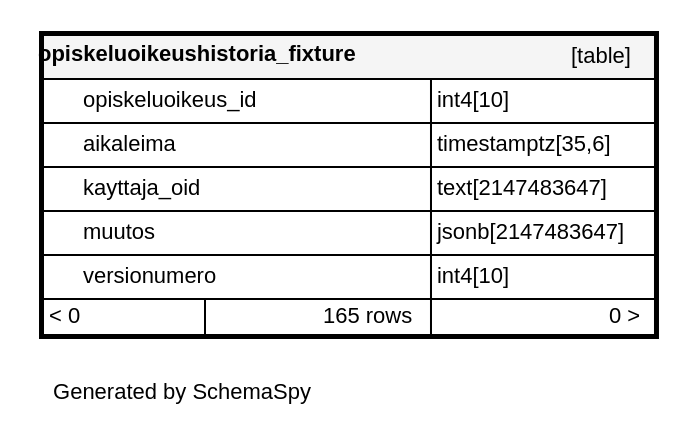
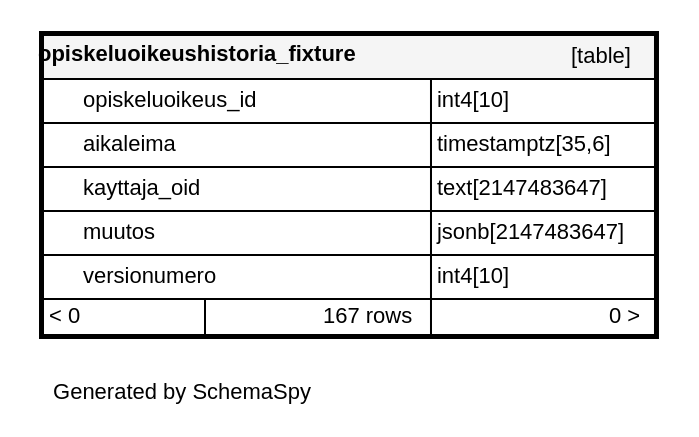
The diagram in documentation/tietokantaskeemat/koski/diagrams/tables/opiskeluoikeushistoria_fixture.1degree.dot (Opetushallitus/koski), drawn with Graphviz before and after one commit. The commit also changed 84 other files, not shown here.

```diff
--- a/documentation/tietokantaskeemat/koski/diagrams/tables/opiskeluoikeushistoria_fixture.1degree.dot
+++ b/documentation/tietokantaskeemat/koski/diagrams/tables/opiskeluoikeushistoria_fixture.1degree.dot
@@ -1,18 +1,18 @@
 digraph "oneDegreeRelationshipsDiagram" {
   graph [    rankdir="RL"    bgcolor="#ffffff"    label="\nGenerated by SchemaSpy"    labeljust="l"    nodesep="0.18"    ranksep="0.46"    fontname="Helvetica"    fontsize="11"    ration="compress"  ];  node [    fontname="Helvetica"    fontsize="11"    shape="plaintext"  ];  edge [    arrowsize="0.8"  ];
   "opiskeluoikeushistoria_fixture" [
    label=<
     <TABLE BORDER="2" CELLBORDER="1" CELLSPACING="0" BGCOLOR="#ffffff">
       <TR><TD COLSPAN="4"  BGCOLOR="#f5f5f5"><TABLE BORDER="0" CELLSPACING="0"><TR><TD ALIGN="LEFT" FIXEDSIZE="TRUE" WIDTH="173" HEIGHT="16"><B>opiskeluoikeushistoria_fixture</B></TD><TD ALIGN="RIGHT">[table]</TD></TR></TABLE></TD></TR>
       <TR><TD PORT="opiskeluoikeus_id" COLSPAN="2" ALIGN="LEFT"><TABLE BORDER="0" CELLSPACING="0" ALIGN="LEFT"><TR ALIGN="LEFT"><TD ALIGN="LEFT" FIXEDSIZE="TRUE" WIDTH="15" HEIGHT="16"></TD><TD ALIGN="LEFT" FIXEDSIZE="TRUE" WIDTH="173" HEIGHT="16">opiskeluoikeus_id</TD></TR></TABLE></TD><TD PORT="opiskeluoikeus_id.type" ALIGN="LEFT">int4[10]</TD></TR>
       <TR><TD PORT="aikaleima" COLSPAN="2" ALIGN="LEFT"><TABLE BORDER="0" CELLSPACING="0" ALIGN="LEFT"><TR ALIGN="LEFT"><TD ALIGN="LEFT" FIXEDSIZE="TRUE" WIDTH="15" HEIGHT="16"></TD><TD ALIGN="LEFT" FIXEDSIZE="TRUE" WIDTH="173" HEIGHT="16">aikaleima</TD></TR></TABLE></TD><TD PORT="aikaleima.type" ALIGN="LEFT">timestamptz[35,6]</TD></TR>
       <TR><TD PORT="kayttaja_oid" COLSPAN="2" ALIGN="LEFT"><TABLE BORDER="0" CELLSPACING="0" ALIGN="LEFT"><TR ALIGN="LEFT"><TD ALIGN="LEFT" FIXEDSIZE="TRUE" WIDTH="15" HEIGHT="16"></TD><TD ALIGN="LEFT" FIXEDSIZE="TRUE" WIDTH="173" HEIGHT="16">kayttaja_oid</TD></TR></TABLE></TD><TD PORT="kayttaja_oid.type" ALIGN="LEFT">text[2147483647]</TD></TR>
       <TR><TD PORT="muutos" COLSPAN="2" ALIGN="LEFT"><TABLE BORDER="0" CELLSPACING="0" ALIGN="LEFT"><TR ALIGN="LEFT"><TD ALIGN="LEFT" FIXEDSIZE="TRUE" WIDTH="15" HEIGHT="16"></TD><TD ALIGN="LEFT" FIXEDSIZE="TRUE" WIDTH="173" HEIGHT="16">muutos</TD></TR></TABLE></TD><TD PORT="muutos.type" ALIGN="LEFT">jsonb[2147483647]</TD></TR>
       <TR><TD PORT="versionumero" COLSPAN="2" ALIGN="LEFT"><TABLE BORDER="0" CELLSPACING="0" ALIGN="LEFT"><TR ALIGN="LEFT"><TD ALIGN="LEFT" FIXEDSIZE="TRUE" WIDTH="15" HEIGHT="16"></TD><TD ALIGN="LEFT" FIXEDSIZE="TRUE" WIDTH="173" HEIGHT="16">versionumero</TD></TR></TABLE></TD><TD PORT="versionumero.type" ALIGN="LEFT">int4[10]</TD></TR>
-      <TR><TD ALIGN="LEFT" BGCOLOR="#ffffff">&lt; 0</TD><TD ALIGN="RIGHT" BGCOLOR="#ffffff">165 rows</TD><TD ALIGN="RIGHT" BGCOLOR="#ffffff">0 &gt;</TD></TR>
+      <TR><TD ALIGN="LEFT" BGCOLOR="#ffffff">&lt; 0</TD><TD ALIGN="RIGHT" BGCOLOR="#ffffff">167 rows</TD><TD ALIGN="RIGHT" BGCOLOR="#ffffff">0 &gt;</TD></TR>
     </TABLE>>
     URL="../../tables/opiskeluoikeushistoria_fixture.html"
     target="_top"
     tooltip="opiskeluoikeushistoria_fixture"
   ];
 }
```
